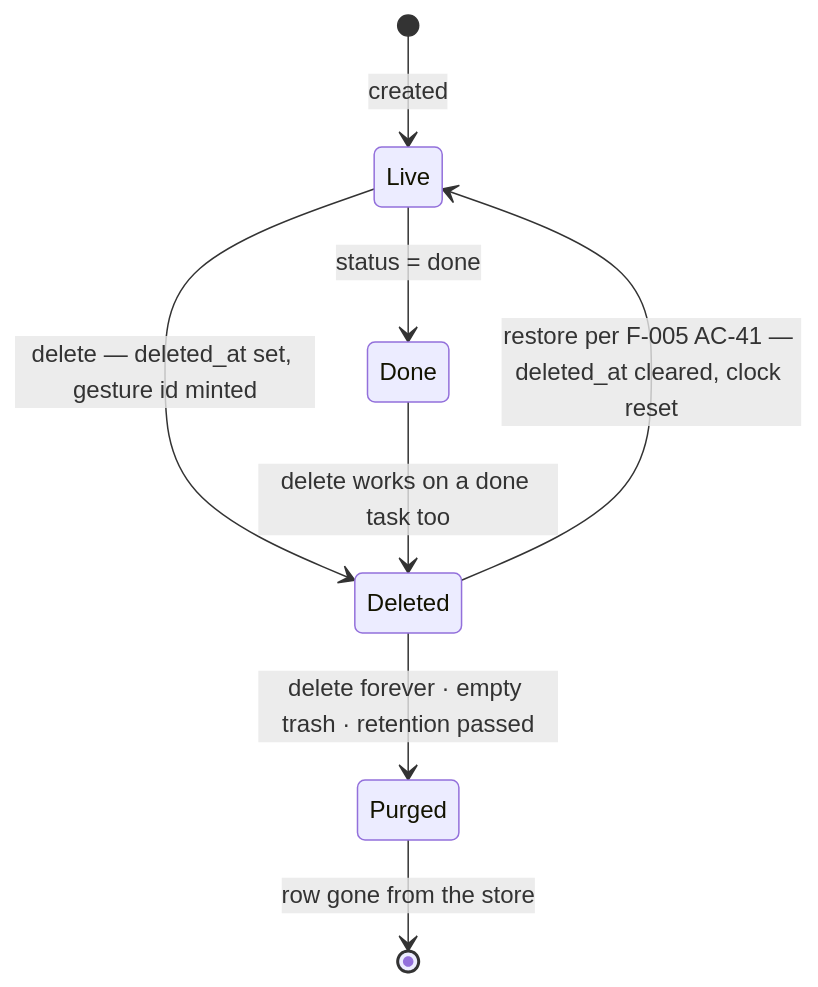
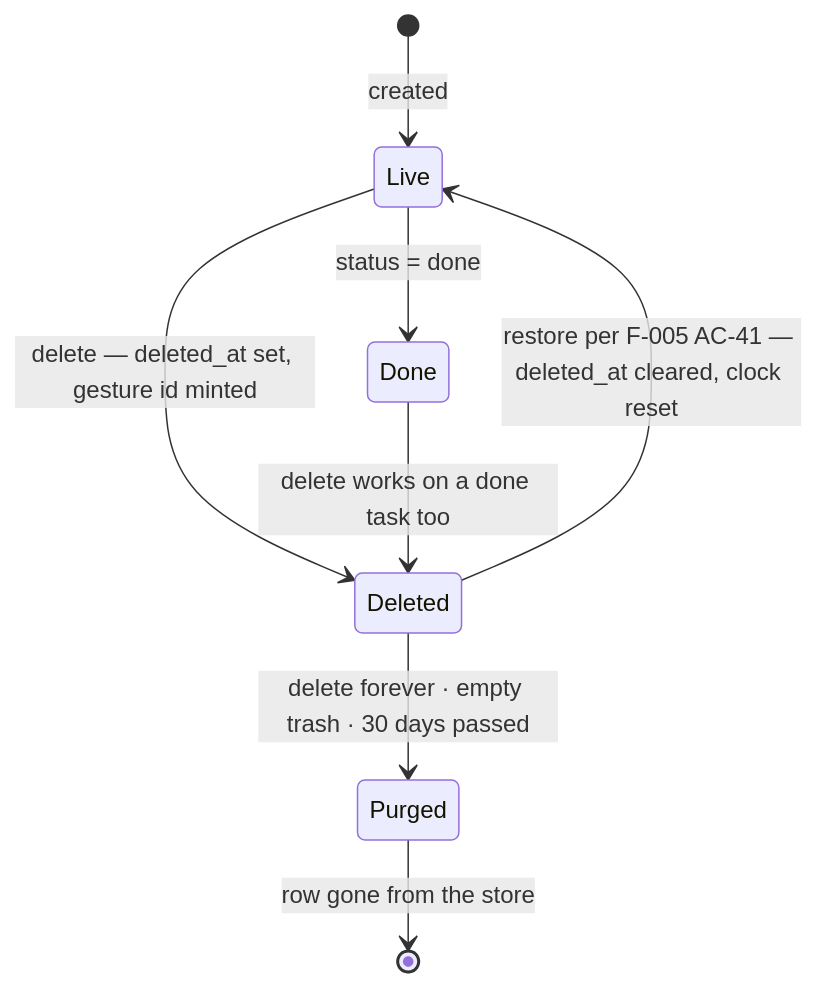
Before and after one commit to tandt53/todo-ai-redesign: the second of 2 diagrams in docs/specs/assistant/F-006-recently-deleted.md, drawn with Mermaid. The commit also changed other lines of this file and 3 other files, not shown here.

````diff
--- a/docs/specs/assistant/F-006-recently-deleted.md
+++ b/docs/specs/assistant/F-006-recently-deleted.md
@@ -140,10 +140,10 @@
 ```mermaid
 stateDiagram-v2
     [*] --> Live: created
     Live --> Deleted: delete — deleted_at set, gesture id minted
     Deleted --> Live: restore per F-005 AC-41 — deleted_at cleared, clock reset
-    Deleted --> Purged: delete forever · empty trash · retention passed
+    Deleted --> Purged: delete forever · empty trash · 30 days passed
     Purged --> [*]: row gone from the store
     Live --> Done: status = done
     Done --> Deleted: delete works on a done task too
 ```
````
